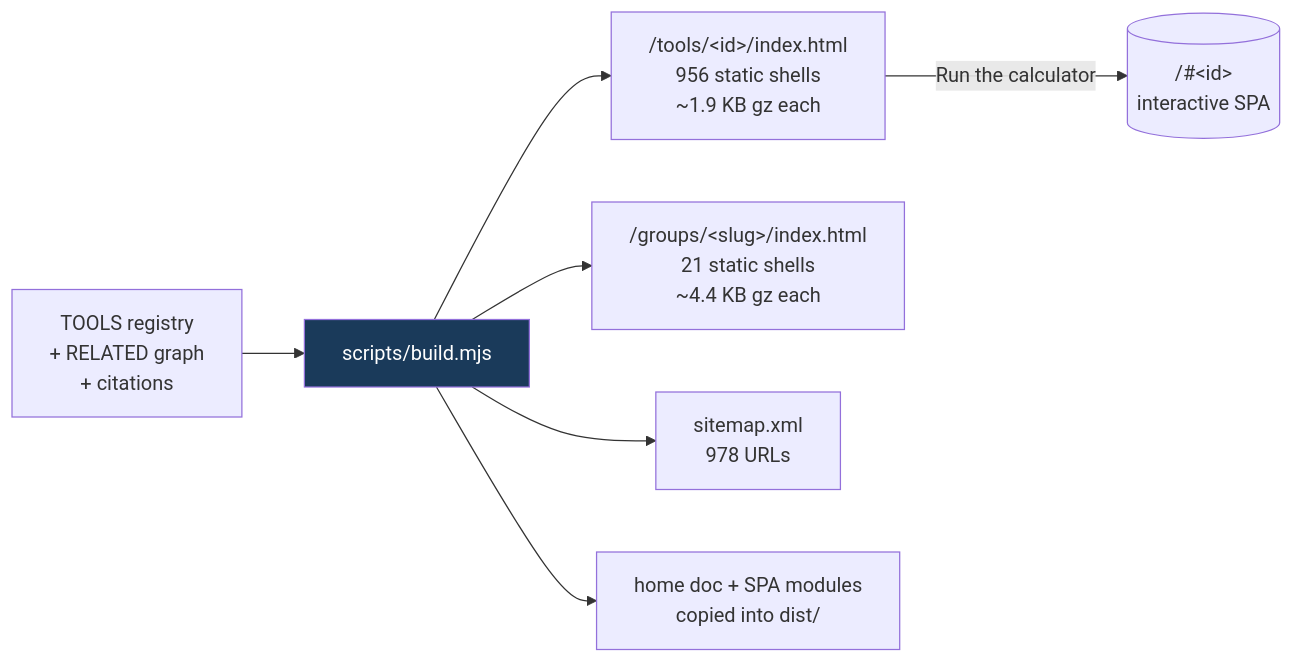
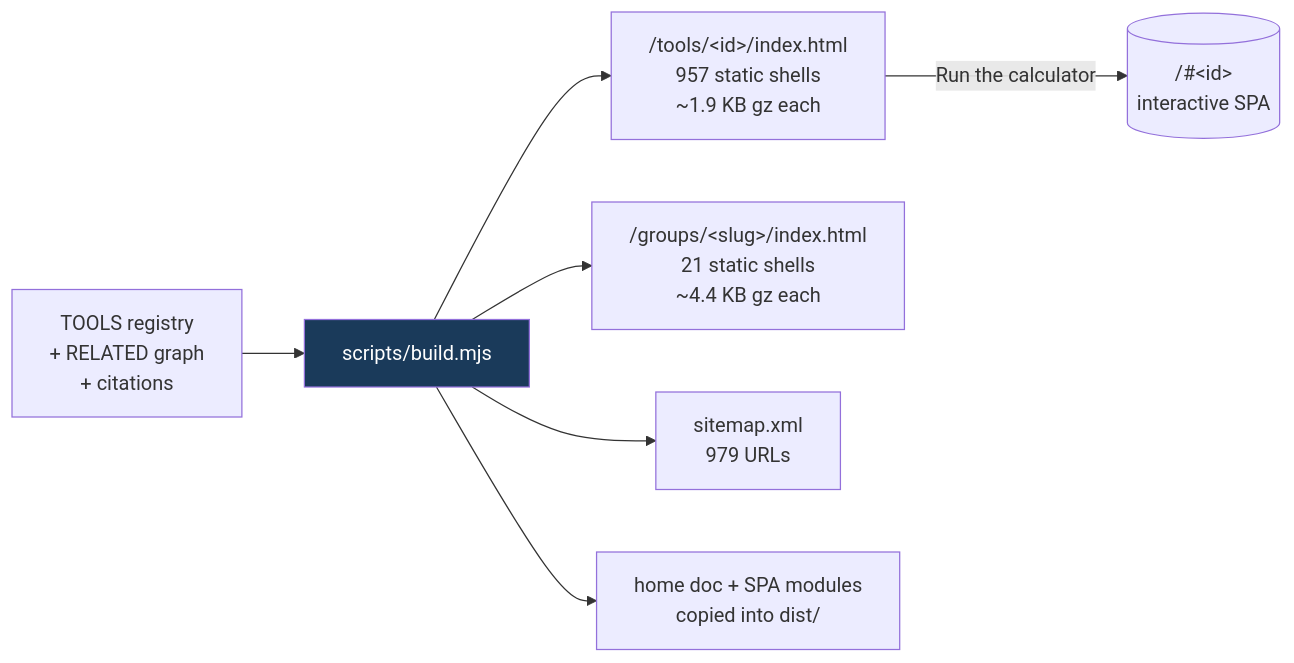
One commit to clay-good/roughlogic.com changed the fifth of 8 diagrams in README.md. Above: the diagram before and after it, drawn with Mermaid. The commit also changed other lines of this file and 12 other files, not shown here.

````diff
--- a/README.md
+++ b/README.md
@@ -495,10 +495,10 @@
 ```mermaid
 flowchart LR
     SRC[TOOLS registry\n+ RELATED graph\n+ citations] --> BUILD[scripts/build.mjs]
-    BUILD --> TILE["/tools/&lt;id&gt;/index.html\n956 static shells\n~1.9 KB gz each"]
+    BUILD --> TILE["/tools/&lt;id&gt;/index.html\n957 static shells\n~1.9 KB gz each"]
     BUILD --> GROUP["/groups/&lt;slug&gt;/index.html\n21 static shells\n~4.4 KB gz each"]
-    BUILD --> MAP["sitemap.xml\n978 URLs"]
+    BUILD --> MAP["sitemap.xml\n979 URLs"]
     BUILD --> COPY[home doc + SPA modules\ncopied into dist/]
     TILE -->|Run the calculator| SPA[("/#&lt;id&gt;\ninteractive SPA")]
     style BUILD fill:#1a3a5a,color:#fff
 ```
````
